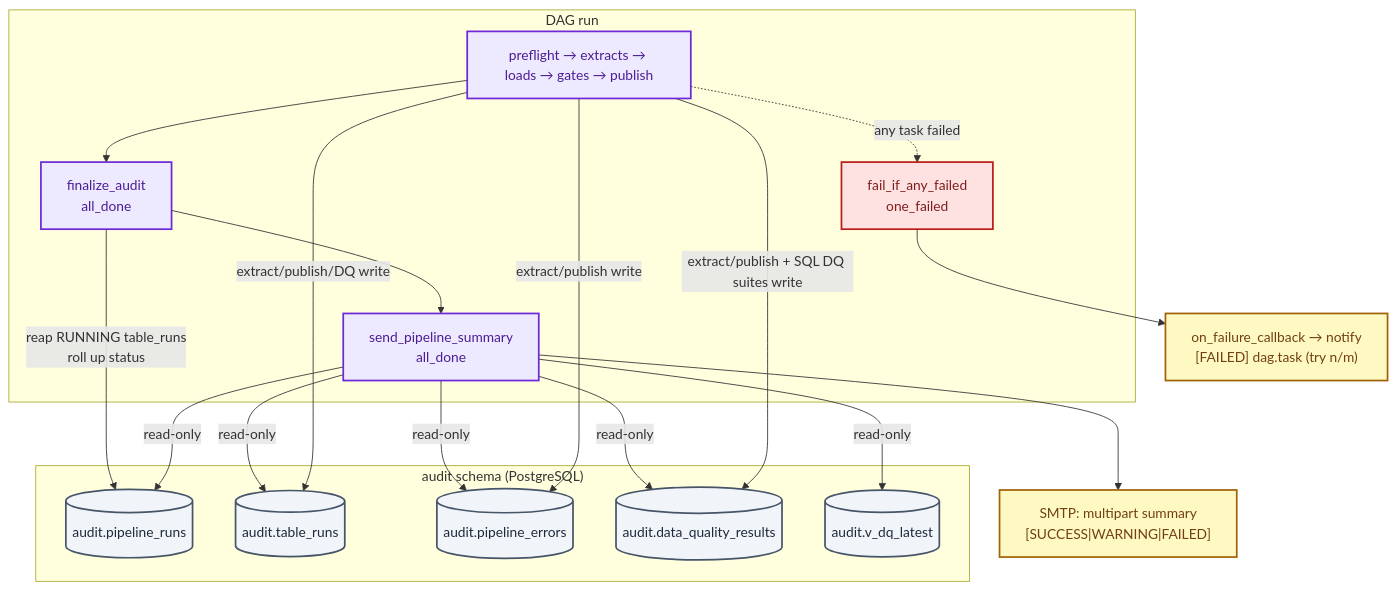
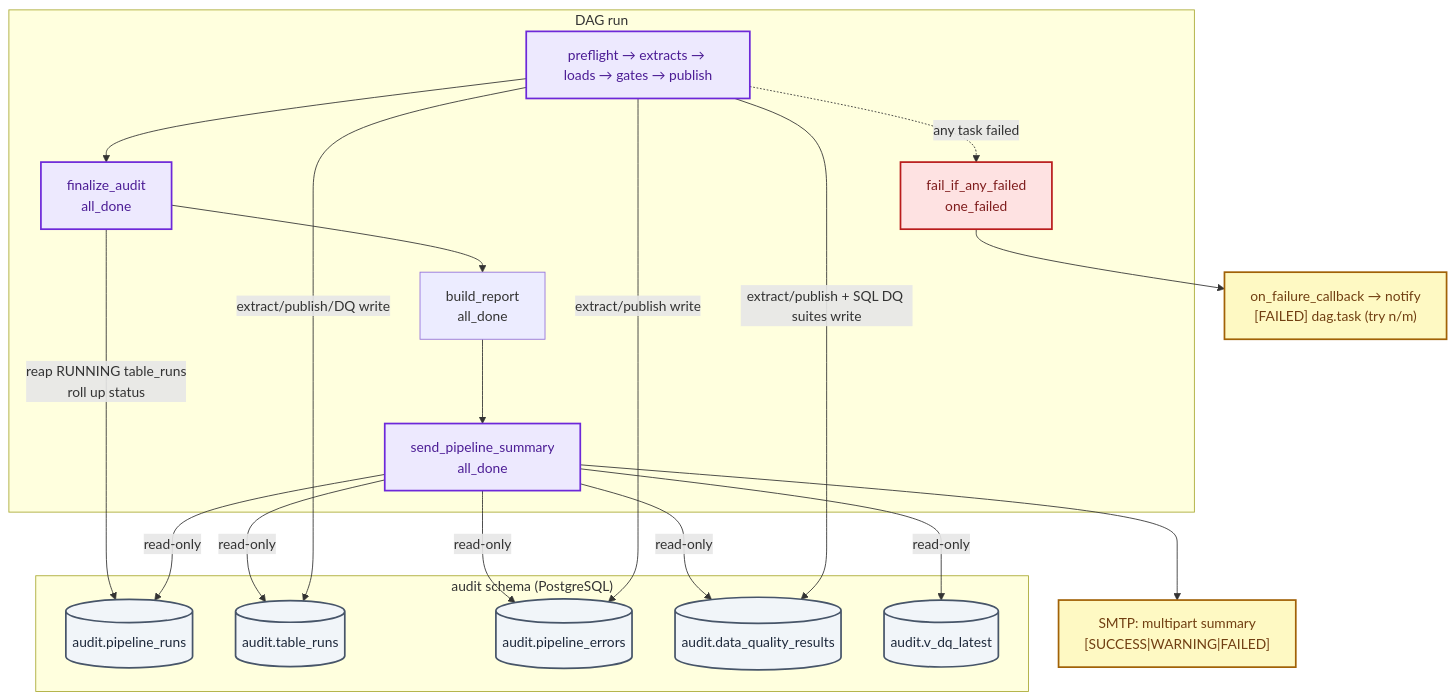
The fifth of 5 diagrams in docs/AIRFLOW.md (Nitinx12/Banking-Delta-Lakehouse), drawn with Mermaid before and after one commit. The commit also changed other lines of this file and 20 other files, not shown here.

````diff
--- a/docs/AIRFLOW.md
+++ b/docs/AIRFLOW.md
@@ -191,43 +228,44 @@
 ```mermaid
 flowchart TB
     subgraph RUN["DAG run"]
         T1["preflight → extracts → loads → gates → publish"]
         FIN["finalize_audit<br/>all_done"]
+        BR["build_report<br/>all_done"]
         SUM["send_pipeline_summary<br/>all_done"]
         FAIL["fail_if_any_failed<br/>one_failed"]
         T1 --> FIN
         T1 -.->|any task failed| FAIL
-        FIN --> SUM
+        FIN --> BR --> SUM
     end
 
     subgraph AUD["audit schema (PostgreSQL)"]
         PR[("audit.pipeline_runs")]
         TR[("audit.table_runs")]
         ER[("audit.pipeline_errors")]
         DQ[("audit.data_quality_results")]
         VD[("audit.v_dq_latest")]
     end
 
     FIN -->|reap RUNNING table_runs<br/>roll up status| PR
     SUM -->|read-only| PR
     SUM -->|read-only| TR
     SUM -->|read-only| ER
     SUM -->|read-only| DQ
     SUM -->|read-only| VD
 
     T1 -->|extract/publish/DQ write| TR
     T1 -->|extract/publish write| ER
     T1 -->|extract/publish + SQL DQ suites write| DQ
 
     SUM --> MAIL["SMTP: multipart summary<br/>[SUCCESS|WARNING|FAILED]"]
     FAIL --> CBM["on_failure_callback → notify<br/>[FAILED] dag.task (try n/m)"]
 
     classDef run fill:#ede9fe,stroke:#6d28d9,color:#4c1d95,stroke-width:2px
     classDef audit fill:#f1f5f9,stroke:#475569,color:#1e293b,stroke-width:2px
     classDef gate fill:#fee2e2,stroke:#b91c1c,color:#7f1d1d,stroke-width:2px
     classDef mail fill:#fef9c3,stroke:#a16207,color:#713f12,stroke-width:2px
     class T1,FIN,SUM run
     class PR,TR,ER,DQ,VD audit
     class FAIL gate
     class MAIL,CBM mail
 ```
````
